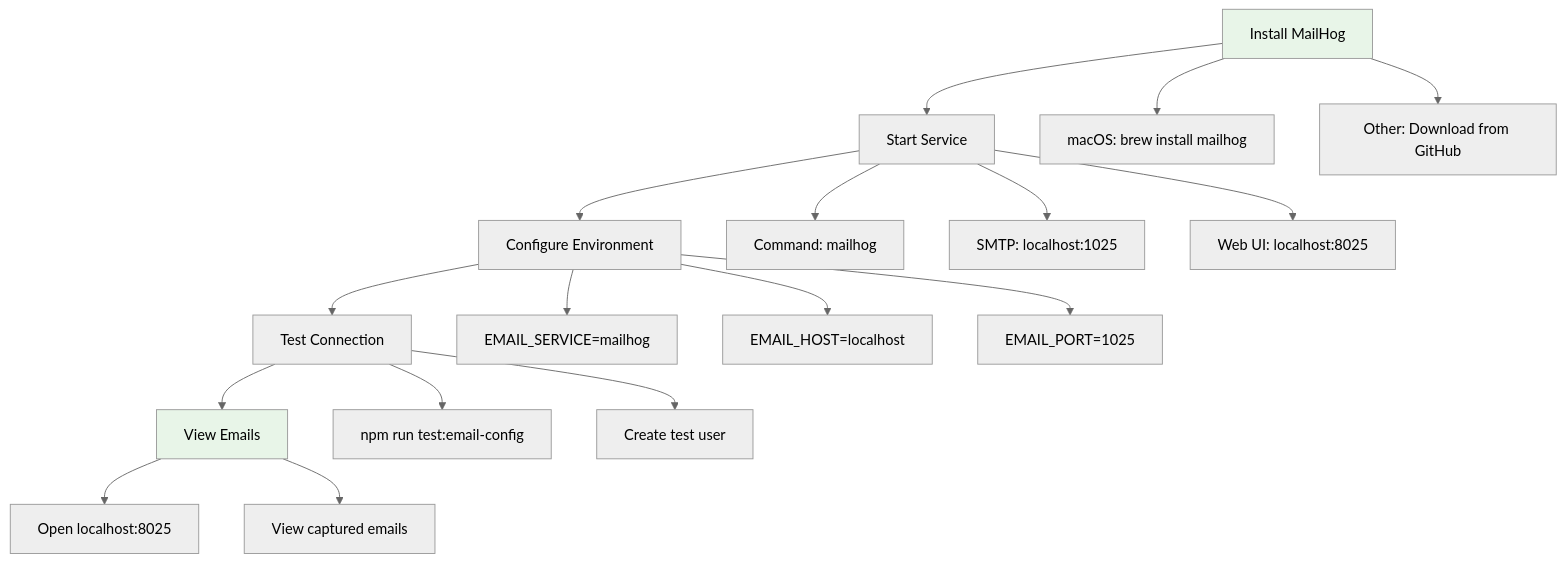
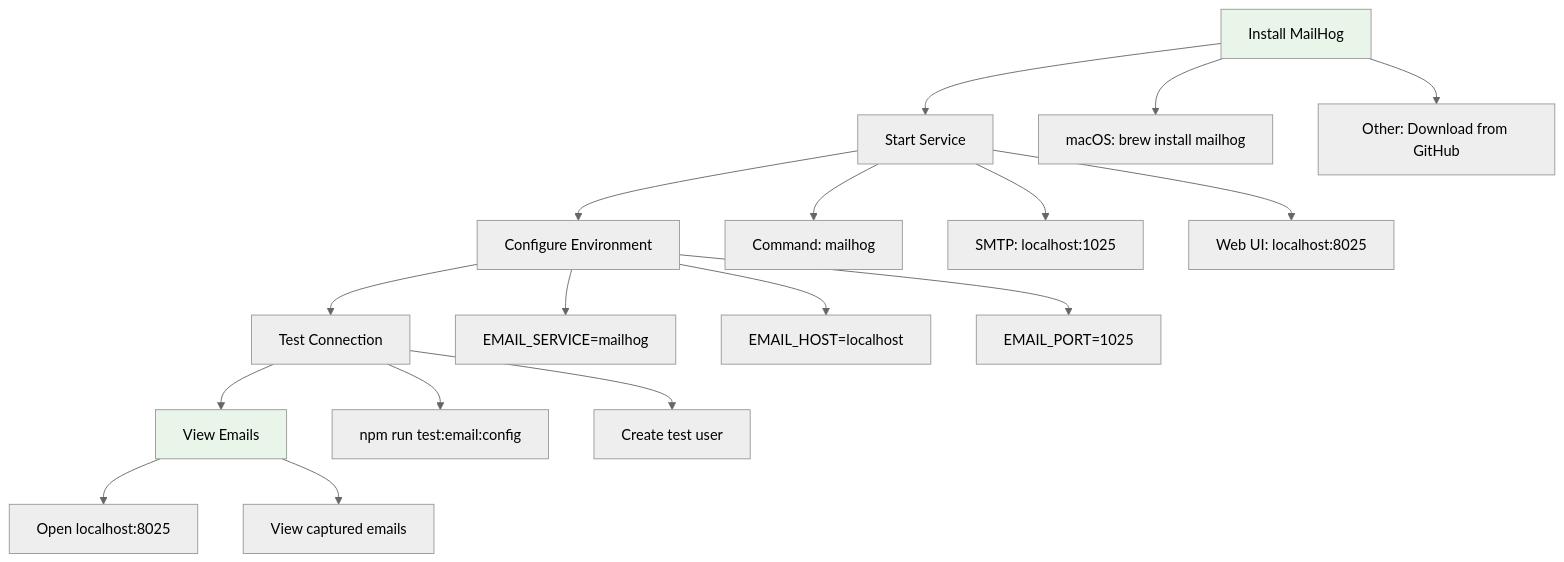
One commit to josephnguyen-macusaone/abc-dashboard changed the third of 15 diagrams in backend/docs/guides/email-service-overview.md. Above: the diagram before and after it, drawn with Mermaid (neutral theme). The commit also changed other lines of this file and 141 other files, not shown here.

````diff
--- a/backend/docs/guides/email-service-overview.md
+++ b/backend/docs/guides/email-service-overview.md
@@ -183,27 +96,27 @@
 ```mermaid
 flowchart TD
     A[Install MailHog] --> B[Start Service]
     B --> C[Configure Environment]
     C --> D[Test Connection]
     D --> E[View Emails]
 
     A --> A1[macOS: brew install mailhog]
     A --> A2[Other: Download from GitHub]
 
     B --> B1[Command: mailhog]
     B --> B2[SMTP: localhost:1025]
     B --> B3[Web UI: localhost:8025]
 
     C --> C1[EMAIL_SERVICE=mailhog]
     C --> C2[EMAIL_HOST=localhost]
     C --> C3[EMAIL_PORT=1025]
 
-    D --> D1[npm run test:email-config]
+    D --> D1[npm run test:email:config]
     D --> D2[Create test user]
 
     E --> E1[Open localhost:8025]
     E --> E2[View captured emails]
 
     style A fill:#e8f5e8
     style E fill:#e8f5e8
 ```
````
